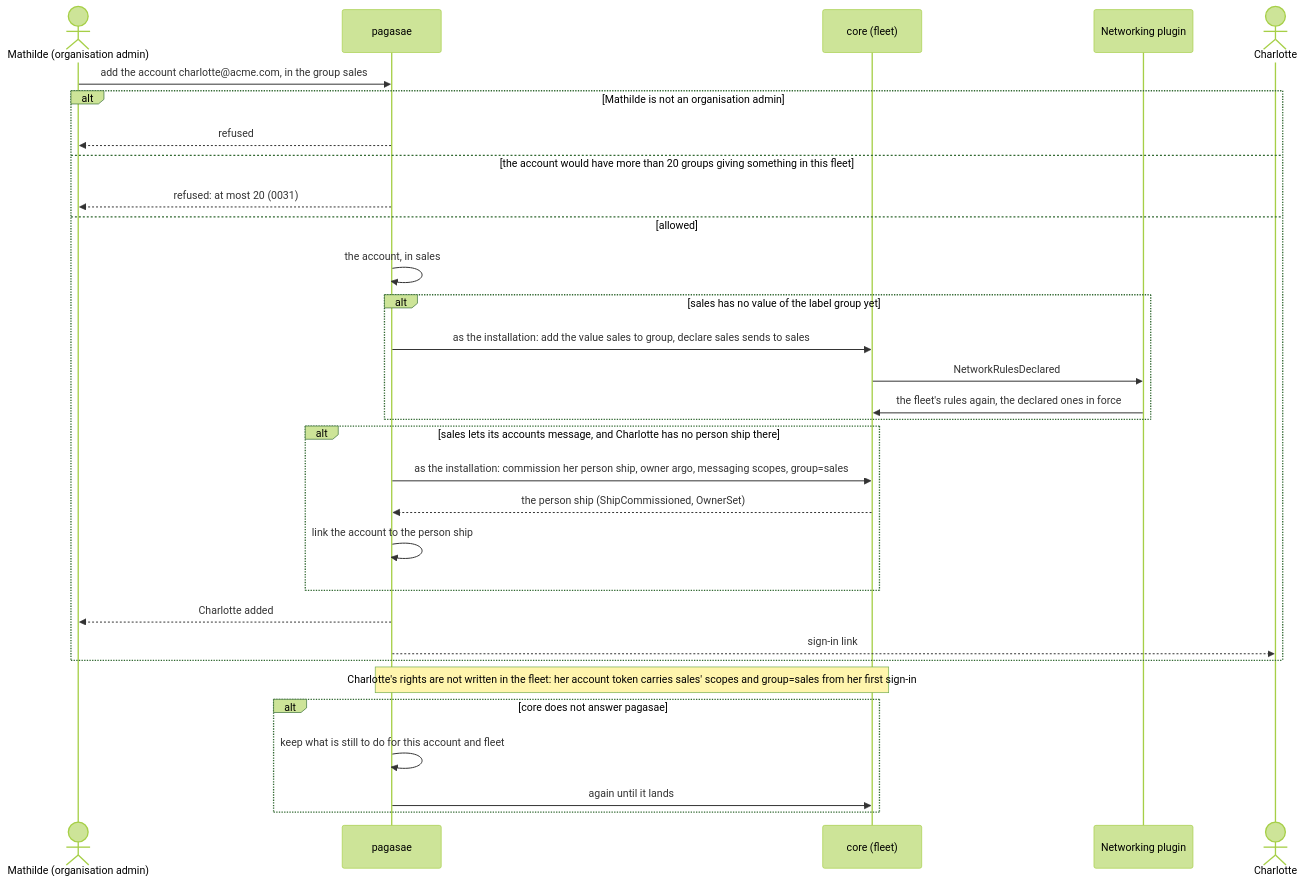
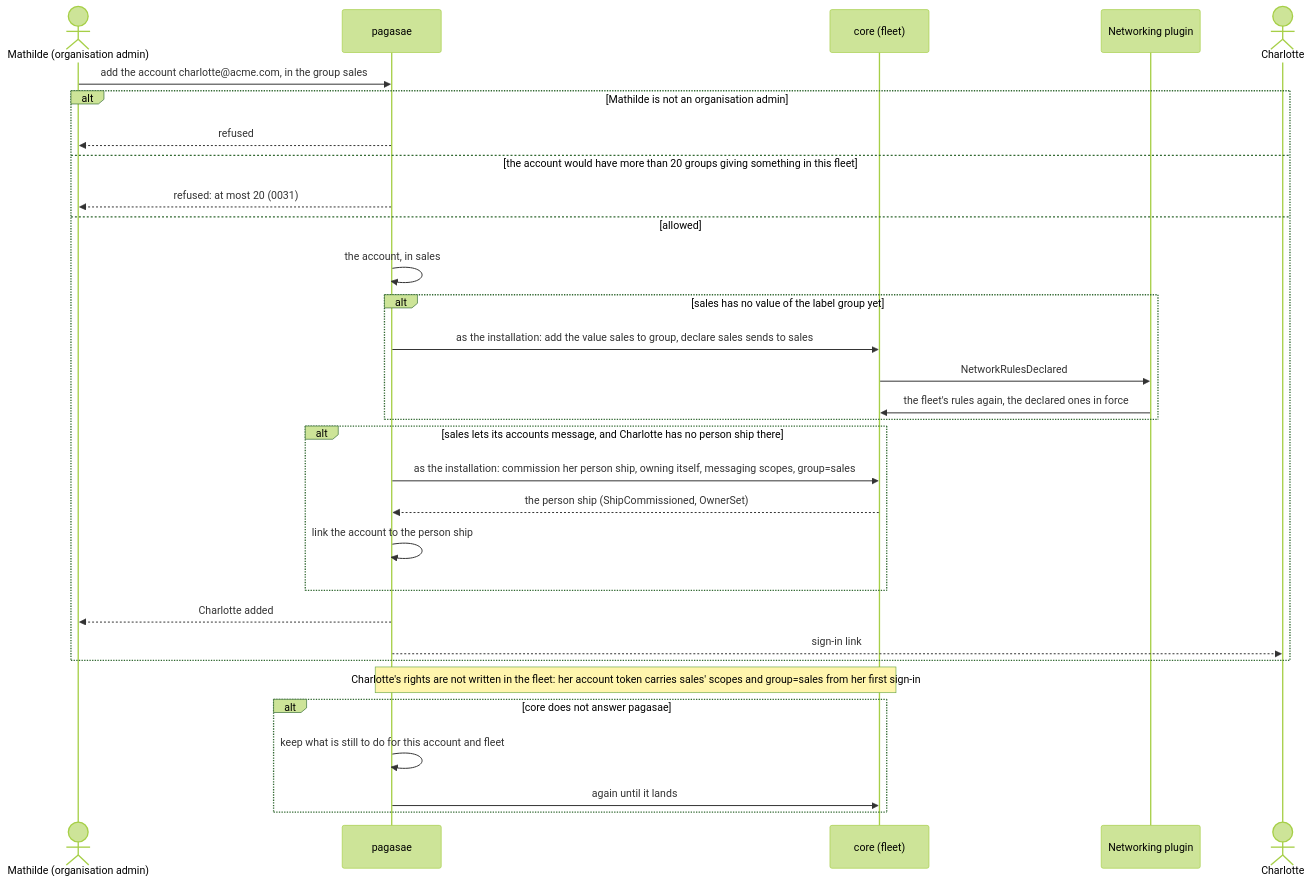
One commit to ThomasHendrickx/aeolus-fleet changed the second of 11 diagrams in docs/design/accounts/phase-2/flows.md. Above: the diagram before and after it, drawn with Mermaid (forest theme). The commit also changed other lines of this file and 7 other files, not shown here.

````diff
--- a/docs/design/accounts/phase-2/flows.md
+++ b/docs/design/accounts/phase-2/flows.md
@@ -42,33 +42,33 @@
 ```mermaid
 sequenceDiagram
   actor M as Mathilde (organisation admin)
   participant P as pagasae
   participant C as core (fleet)
   participant N as Networking plugin
   actor CH as Charlotte
   M->>P: add the account charlotte@acme.com, in the group sales
   alt Mathilde is not an organisation admin
     P-->>M: refused
   else the account would have more than 20 groups giving something in this fleet
     P-->>M: refused: at most 20 (0031)
   else allowed
     P->>P: the account, in sales
     alt sales has no value of the label group yet
       P->>C: as the installation: add the value sales to group, declare sales sends to sales
       C->>N: NetworkRulesDeclared
       N->>C: the fleet's rules again, the declared ones in force
     end
     alt sales lets its accounts message, and Charlotte has no person ship there
-      P->>C: as the installation: commission her person ship, owner argo, messaging scopes, group=sales
+      P->>C: as the installation: commission her person ship, owning itself, messaging scopes, group=sales
       C-->>P: the person ship (ShipCommissioned, OwnerSet)
       P->>P: link the account to the person ship
     end
     P-->>M: Charlotte added
     P-->>CH: sign-in link
   end
   Note over P,C: Charlotte's rights are not written in the fleet: her account token carries sales' scopes and group=sales from her first sign-in
   alt core does not answer pagasae
     P->>P: keep what is still to do for this account and fleet
     P->>C: again until it lands
   end
 ```
````
